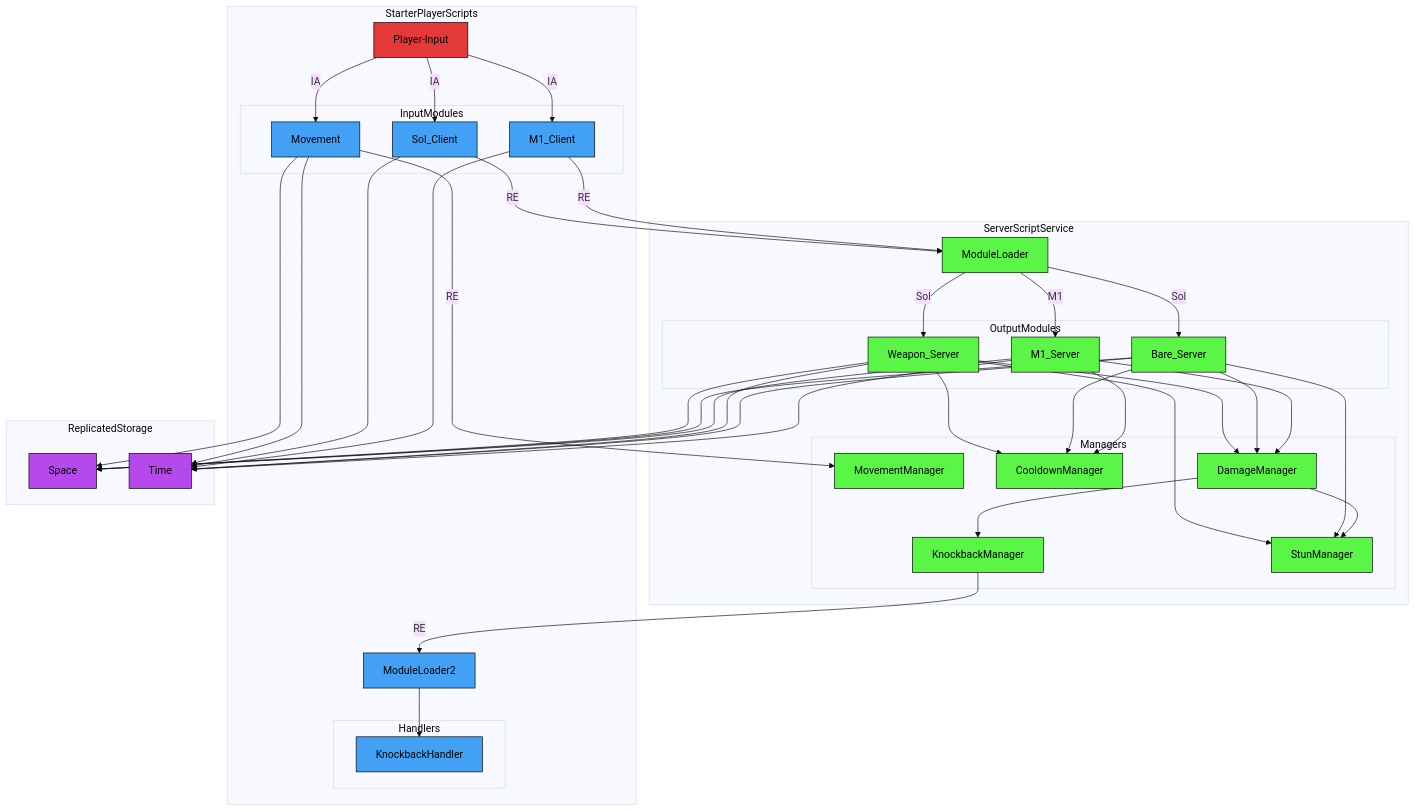
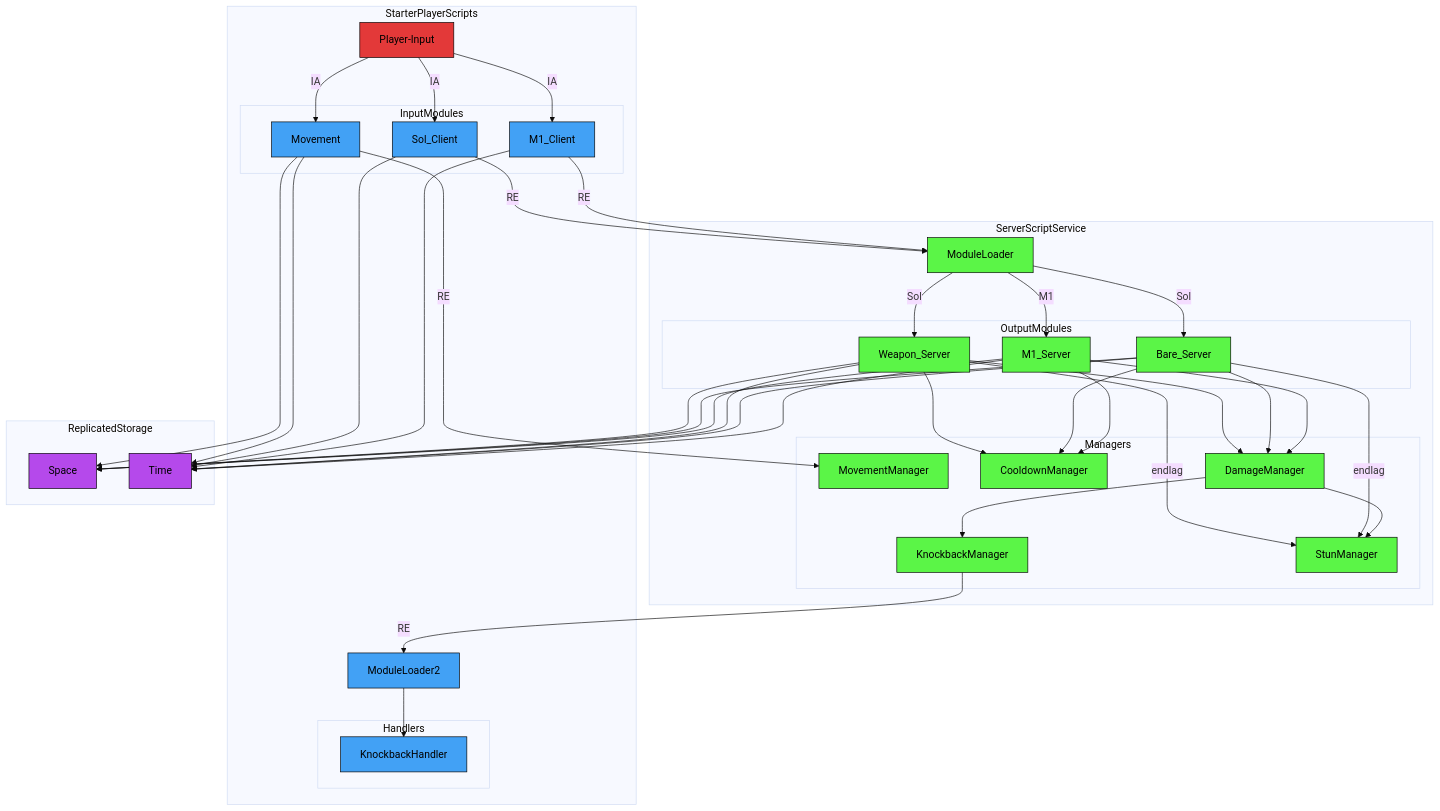
Before and after one commit to altair5607249/Crusaders-Game: the second of 3 diagrams in README.md, drawn with Mermaid (base theme).

```diff
--- a/README.md
+++ b/README.md
@@ -208,9 +208,9 @@
 
   M1_Server-->CooldownManager;
   Bare_Server-->CooldownManager;
-  Bare_Server-->StunManager;
+  Bare_Server-->|endlag| StunManager;
   Weapon_Server-->CooldownManager;
-  Weapon_Server-->StunManager;
+  Weapon_Server-->|endlag| StunManager;
 
   M1_Server-->DamageManager;
   Bare_Server-->DamageManager;
```
